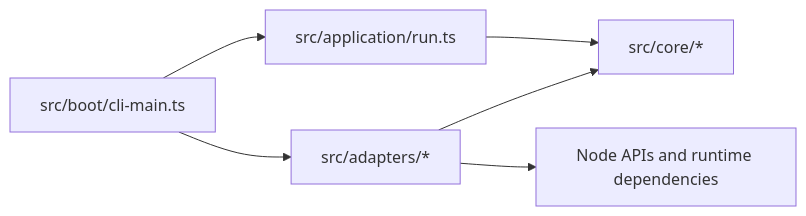
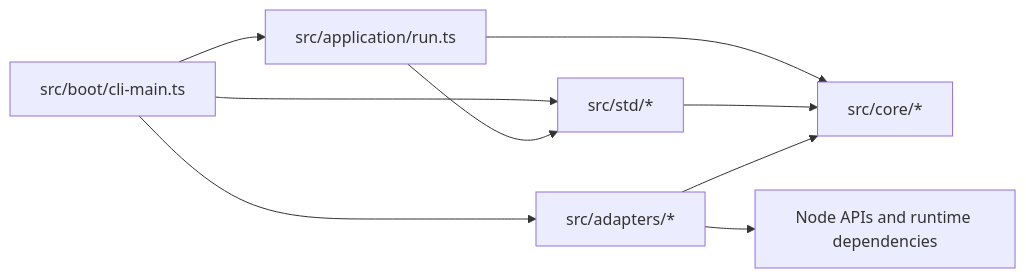
Before and after one commit to JeongHan-Bae/pathsift: the diagram in docs/architecture.md, drawn with Mermaid. The commit also changed other lines of this file and 80 other files, not shown here.

````diff
--- a/docs/architecture.md
+++ b/docs/architecture.md
@@ -34,8 +43,11 @@
 ```mermaid
 flowchart LR
     Boot["src/boot/cli-main.ts"] --> Application["src/application/run.ts"]
     Boot --> Adapters["src/adapters/*"]
+    Boot --> Std["src/std/*"]
     Application --> Core["src/core/*"]
+    Application --> Std
+    Std --> Core
     Adapters --> Core
     Adapters --> Host["Node APIs and runtime dependencies"]
 ```
````
